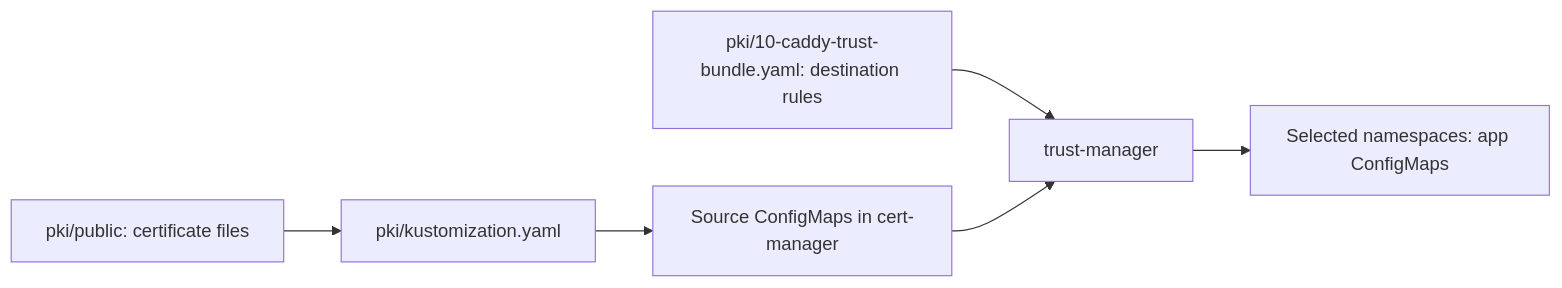
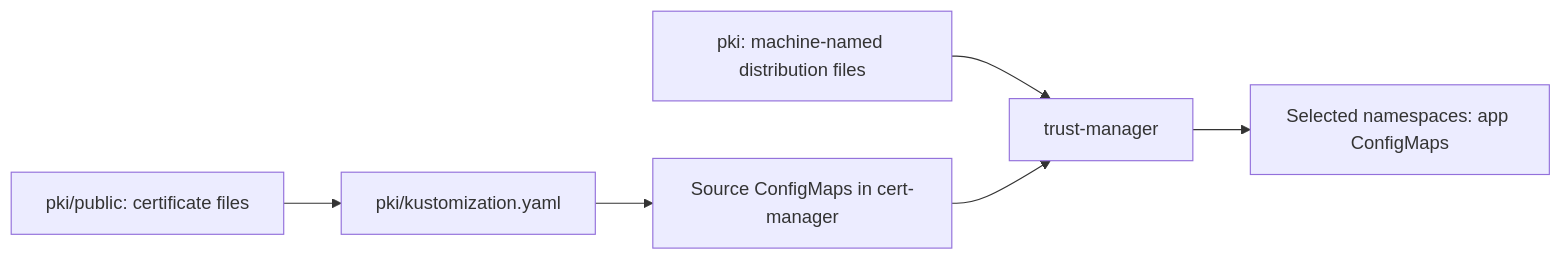
One commit to Quangsumi/k3s-homelab changed the diagram in pki/README.md. Above: the diagram before and after it, drawn with Mermaid. The commit also changed other lines of this file and 10 other files, not shown here.

Commit message:
Name Caddy certificate sources and distribution files by machine

````diff
--- a/pki/README.md
+++ b/pki/README.md
@@ -7,8 +7,8 @@
 ```mermaid
 flowchart LR
   F[pki/public: certificate files] --> K[pki/kustomization.yaml]
   K --> S[Source ConfigMaps in cert-manager]
-  D[pki/10-caddy-trust-bundle.yaml: destination rules] --> T[trust-manager]
+  D[pki: machine-named distribution files] --> T[trust-manager]
   S --> T
   T --> M[Selected namespaces: app ConfigMaps]
 ```
````
